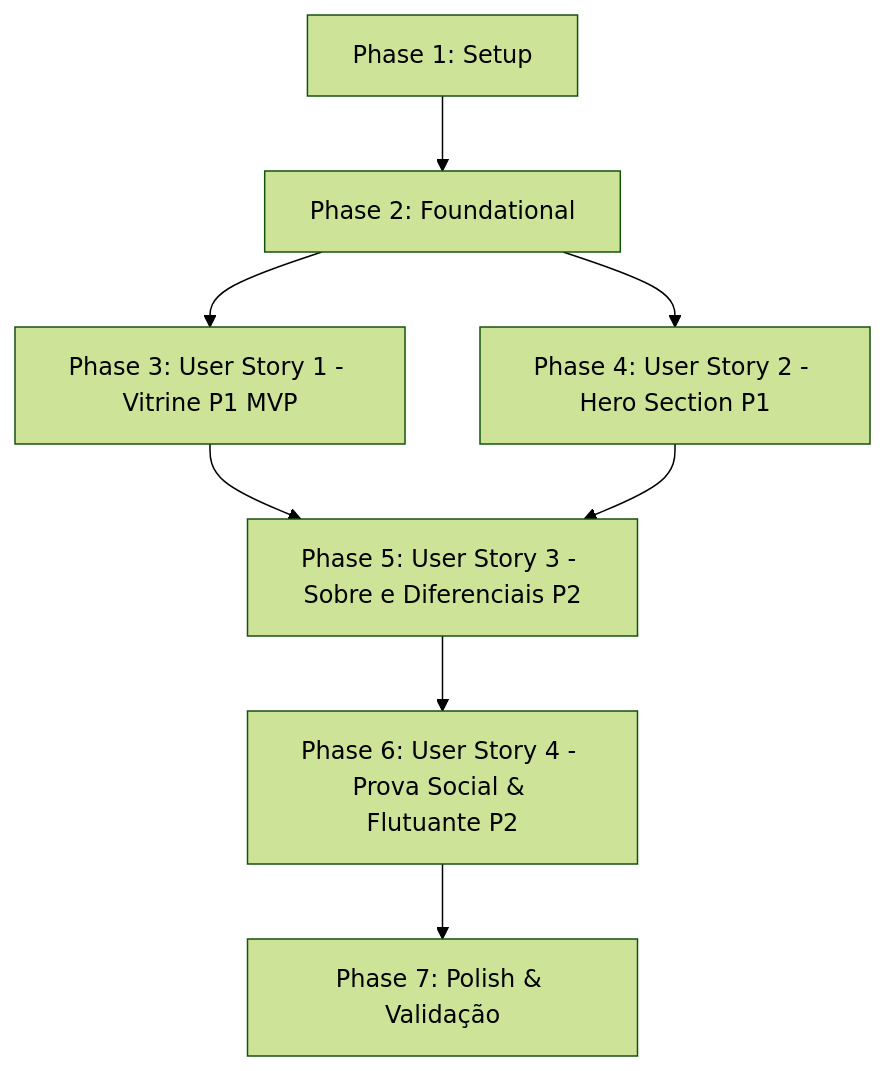
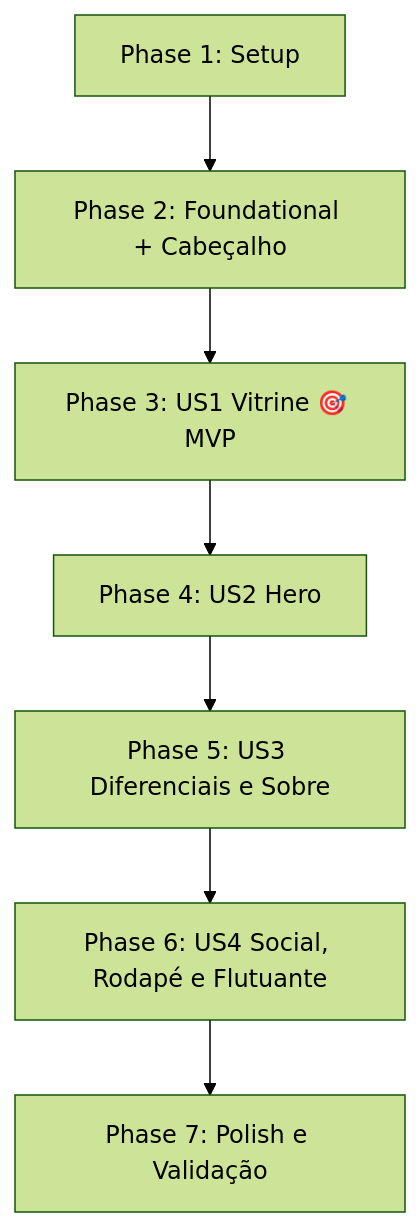
Before and after one commit to Pedrooliv12/fashion-landing-page: the diagram in specs/001-scorpion-landing-page/tasks.md, drawn with Mermaid (forest theme). The commit also changed other lines of this file and 7 other files, not shown here.

````diff
--- a/specs/001-scorpion-landing-page/tasks.md
+++ b/specs/001-scorpion-landing-page/tasks.md
@@ -127,10 +135,9 @@
 ```mermaid
 graph TD
-    P1[Phase 1: Setup] --> P2[Phase 2: Foundational]
-    P2 --> US1[Phase 3: User Story 1 - Vitrine P1 MVP]
-    P2 --> US2[Phase 4: User Story 2 - Hero Section P1]
-    US1 --> US3[Phase 5: User Story 3 - Sobre e Diferenciais P2]
-    US2 --> US3
-    US3 --> US4[Phase 6: User Story 4 - Prova Social & Flutuante P2]
-    US4 --> P7[Phase 7: Polish & Validação]
+    P1[Phase 1: Setup] --> P2[Phase 2: Foundational + Cabeçalho]
+    P2 --> US1[Phase 3: US1 Vitrine 🎯 MVP]
+    US1 --> US2[Phase 4: US2 Hero]
+    US2 --> US3[Phase 5: US3 Diferenciais e Sobre]
+    US3 --> US4[Phase 6: US4 Social, Rodapé e Flutuante]
+    US4 --> P7[Phase 7: Polish e Validação]
 ```
````
